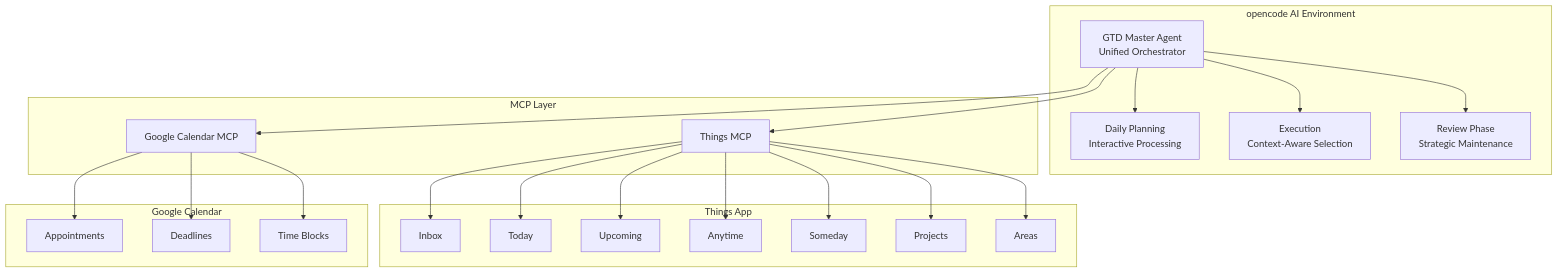
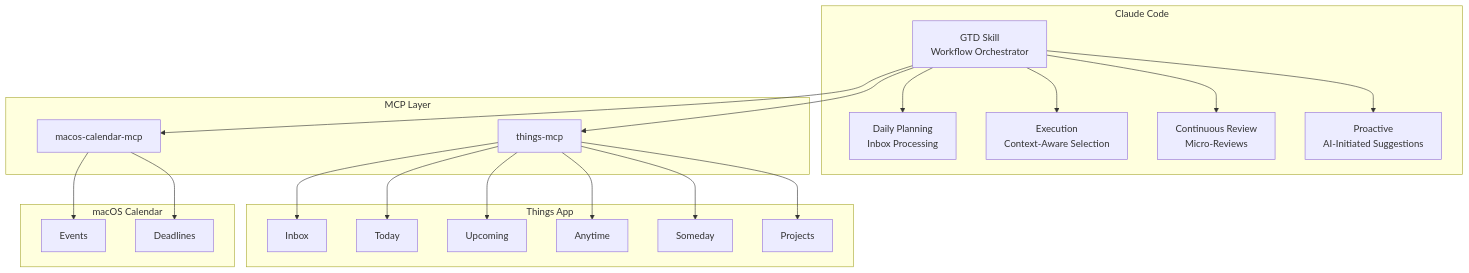
One commit to realYushi/my-gtd-buddy changed the first of 3 diagrams in README.md. Above: the diagram before and after it, drawn with Mermaid. The commit also changed other lines of this file and 16 other files, not shown here.

First line of the commit message:
Migrate from opencode to Claude Code skill architecture

````diff
--- a/README.md
+++ b/README.md
@@ -64,47 +52,45 @@
 ```mermaid
 graph TB
-    subgraph "opencode AI Environment"
-        GTD[GTD Master Agent<br/>Unified Orchestrator]
-        PLAN[Daily Planning<br/>Interactive Processing]
+    subgraph "Claude Code"
+        SKILL[GTD Skill<br/>Workflow Orchestrator]
+        PLAN[Daily Planning<br/>Inbox Processing]
         EXEC[Execution<br/>Context-Aware Selection]
-        REV[Review Phase<br/>Strategic Maintenance]
+        REV[Continuous Review<br/>Micro-Reviews]
+        PRO[Proactive<br/>AI-Initiated Suggestions]
 
-        GTD --> PLAN
-        GTD --> EXEC
-        GTD --> REV
+        SKILL --> PLAN
+        SKILL --> EXEC
+        SKILL --> REV
+        SKILL --> PRO
     end
 
     subgraph "MCP Layer"
-        TMCP[Things MCP]
-        GCMCP[Google Calendar MCP]
+        TMCP[things-mcp]
+        CMCP[macos-calendar-mcp]
     end
 
     subgraph "Things App"
         INBOX[Inbox]
         TODAY[Today]
         UPCOMING[Upcoming]
         ANYTIME[Anytime]
         SOMEDAY[Someday]
         PROJECTS[Projects]
-        AREAS[Areas]
     end
 
-    subgraph "Google Calendar"
-        APPT[Appointments]
-        DEAD[Deadlines]
-        BLOCKS[Time Blocks]
+    subgraph "macOS Calendar"
+        EVENTS[Events]
+        DEADLINES[Deadlines]
     end
 
-    GTD --> TMCP
-    GTD --> GCMCP
+    SKILL --> TMCP
+    SKILL --> CMCP
     TMCP --> INBOX
     TMCP --> TODAY
     TMCP --> UPCOMING
     TMCP --> ANYTIME
     TMCP --> SOMEDAY
     TMCP --> PROJECTS
-    TMCP --> AREAS
-    GCMCP --> APPT
-    GCMCP --> DEAD
-    GCMCP --> BLOCKS
+    CMCP --> EVENTS
+    CMCP --> DEADLINES
 ```
````
